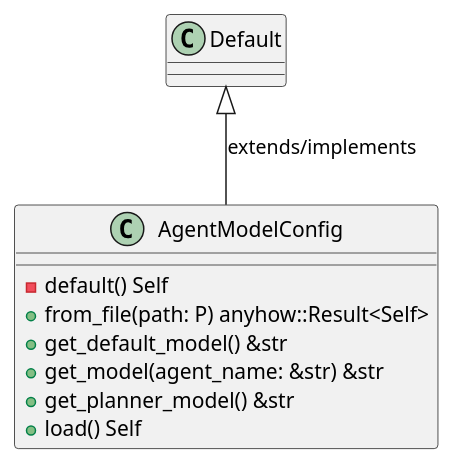
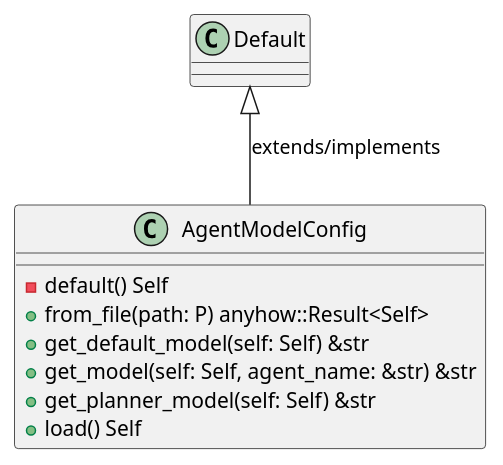
Before and after one commit to lgcorzo/rust_CACD_autonomous_factory: the first of 6 diagrams in openwiki/crates_factory_core_src_config.md, drawn with PlantUML. The commit also changed other lines of this file and 95 other files, not shown here.

````diff
--- a/openwiki/crates_factory_core_src_config.md
+++ b/openwiki/crates_factory_core_src_config.md
@@ -225,14 +226,14 @@
 ```plantuml
 @startuml
 class AgentModelConfig {
     -default() Self
     +from_file(path: P) anyhow::Result<Self>
-    +get_default_model() &str
-    +get_model(agent_name: &str) &str
-    +get_planner_model() &str
+    +get_default_model(self: Self) &str
+    +get_model(self: Self, agent_name: &str) &str
+    +get_planner_model(self: Self) &str
     +load() Self
 }
 Default <|-- AgentModelConfig : extends/implements
 @enduml
 
 ```
````
